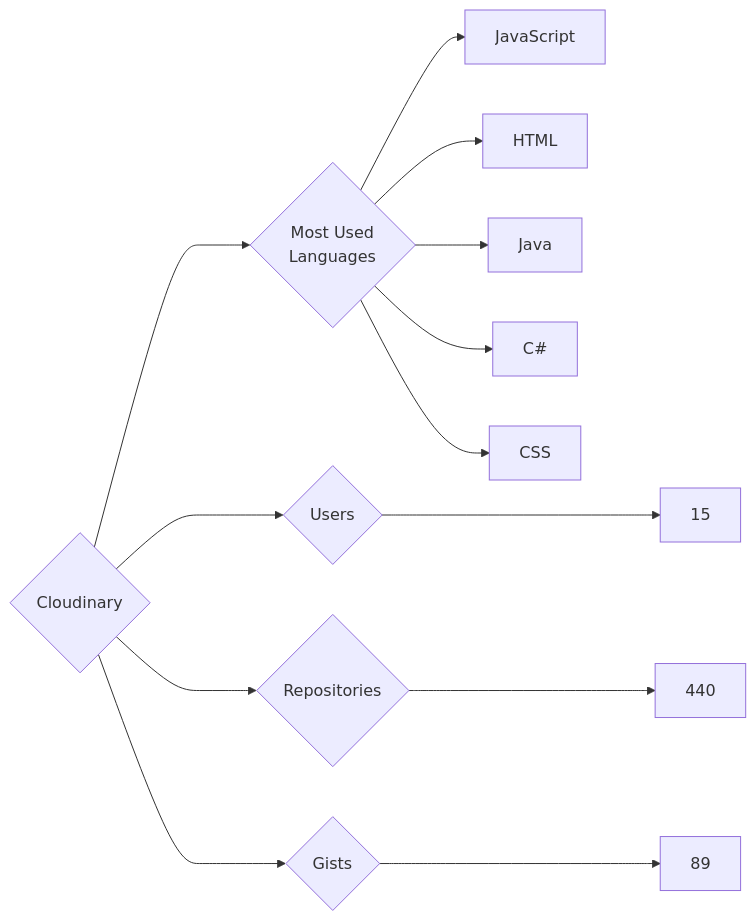
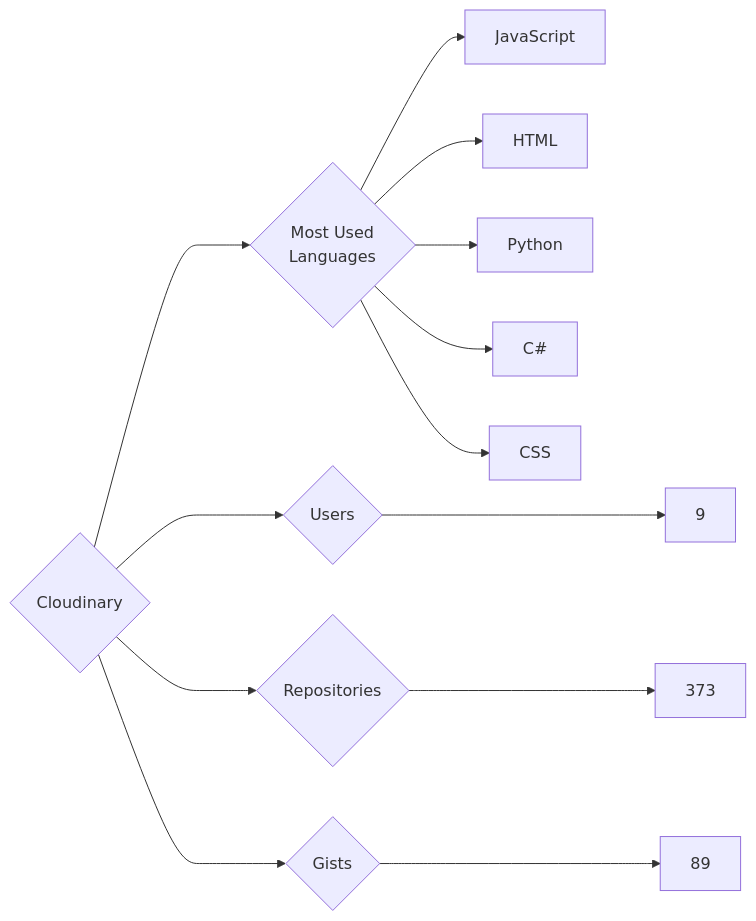
One commit to trickest/insiders changed the diagram in targets/Cloudinary/README.md. Above: the diagram before and after it, drawn with Mermaid. The commit also changed 1078 other files, not shown here.

````diff
--- a/targets/Cloudinary/README.md
+++ b/targets/Cloudinary/README.md
@@ -3,13 +3,13 @@
 ```mermaid
 graph LR
 COMPANY_NAME{Cloudinary}
-COMPANY_NAME ---> U{Users} ---> UN[15]
-COMPANY_NAME ---> R{Repositories} ---> RN[440]
+COMPANY_NAME ---> U{Users} ---> UN[9]
+COMPANY_NAME ---> R{Repositories} ---> RN[373]
 COMPANY_NAME ---> G{Gists} ---> GN[89]
 COMPANY_NAME ---> ML{Most Used<br>Languages}
 ML --> JavaScript[JavaScript]
 ML --> HTML[HTML]
-ML --> Java[Java]
+ML --> Python[Python]
 ML --> C#[C#]
 ML --> CSS[CSS]
 ```
````
